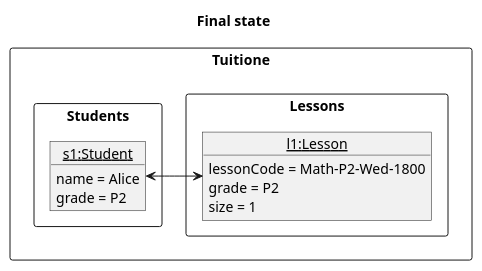
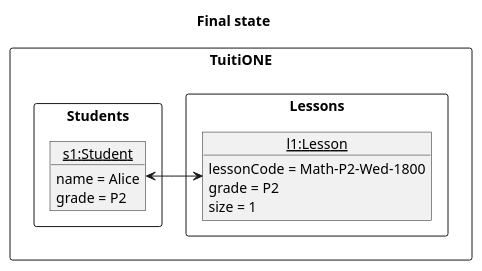
One commit to nus-cs2103-AY2122S1/tp changed the diagram in docs/diagrams/EnrollLessonState1.puml. Above: the diagram before and after it, drawn with PlantUML. The commit also changed 30 other files, not shown here.

Commit message:
Standardize the word choice "TuitiONE"

```diff
--- a/docs/diagrams/EnrollLessonState1.puml
+++ b/docs/diagrams/EnrollLessonState1.puml
@@ -1,24 +1,24 @@
 @startuml
 
 title Final state
 
-package Tuitione <<rectangle>> {
+package TuitiONE <<rectangle>> {
     package Lessons <<rectangle>> {
         object "<u>l1:Lesson" as Lesson{
         lessonCode = Math-P2-Wed-1800
         grade = P2
         size = 1
         }
     }
     package Students <<rectangle>> {
         object "<u>s1:Student" as Student {
         name = Alice
         grade = P2
         }
     }
 
     Lesson <-R-> Student
 
 }
 
 @end
```
